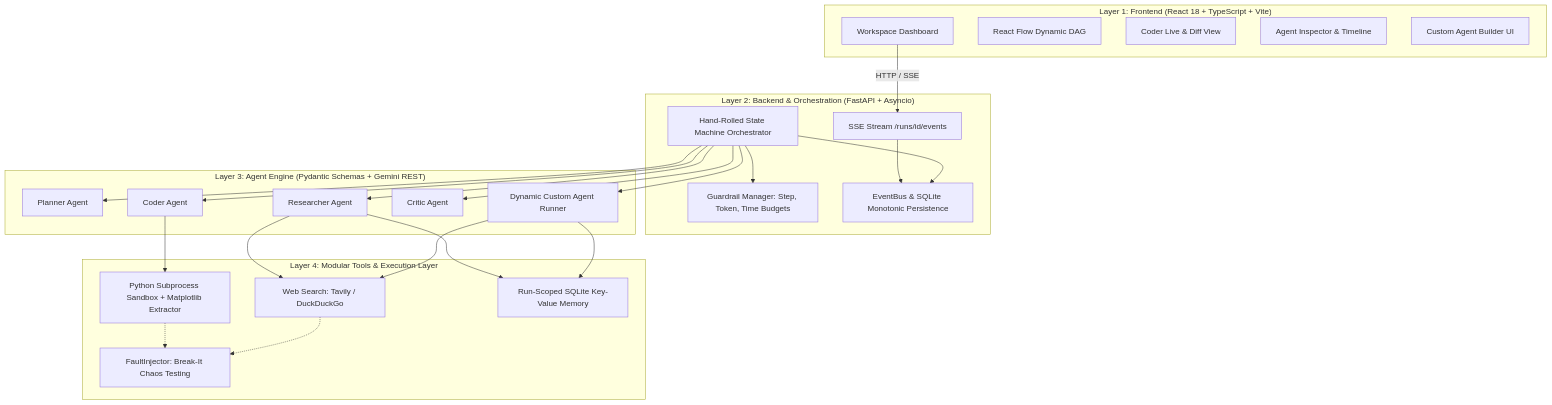
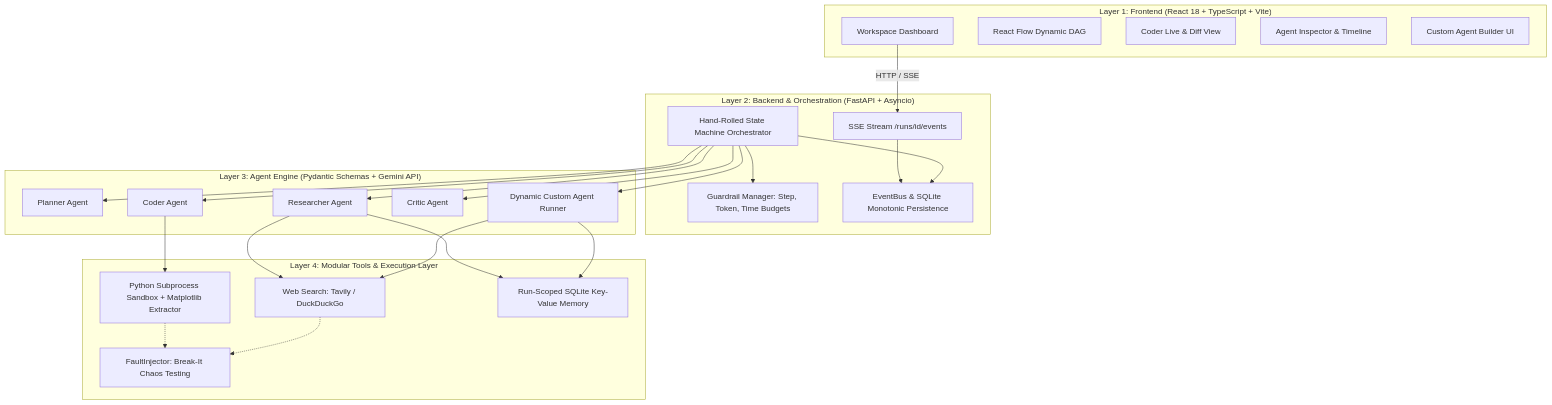
One commit to tarunmavuri/AgentLens changed the diagram in README.md. Above: the diagram before and after it, drawn with Mermaid. The commit also changed other lines of this file and 3 other files, not shown here.

````diff
--- a/README.md
+++ b/README.md
@@ -97,49 +97,49 @@
 ```mermaid
 graph TD
     subgraph Layer1["Layer 1: Frontend (React 18 + TypeScript + Vite)"]
         UI[Workspace Dashboard]
         Graph[React Flow Dynamic DAG]
         CoderView[Coder Live & Diff View]
         Inspector[Agent Inspector & Timeline]
         Builder[Custom Agent Builder UI]
     end
 
     subgraph Layer2["Layer 2: Backend & Orchestration (FastAPI + Asyncio)"]
         SSE[SSE Stream /runs/id/events]
         SM[Hand-Rolled State Machine Orchestrator]
         Guard[Guardrail Manager: Step, Token, Time Budgets]
         Bus[EventBus & SQLite Monotonic Persistence]
     end
 
-    subgraph Layer3["Layer 3: Agent Engine (Pydantic Schemas + Gemini REST)"]
+    subgraph Layer3["Layer 3: Agent Engine (Pydantic Schemas + Gemini API)"]
         Planner[Planner Agent]
         Researcher[Researcher Agent]
         Coder[Coder Agent]
         Critic[Critic Agent]
         Custom[Dynamic Custom Agent Runner]
     end
 
     subgraph Layer4["Layer 4: Modular Tools & Execution Layer"]
         Search[Web Search: Tavily / DuckDuckGo]
         Sandbox[Python Subprocess Sandbox + Matplotlib Extractor]
         Mem[Run-Scoped SQLite Key-Value Memory]
         Faults[FaultInjector: Break-It Chaos Testing]
     end
 
     UI -->|HTTP / SSE| SSE
     SSE --> Bus
     SM --> Bus
     SM --> Guard
     SM --> Planner
     SM --> Researcher
     SM --> Coder
     SM --> Custom
     SM --> Critic
     Researcher --> Search
     Researcher --> Mem
     Coder --> Sandbox
     Custom --> Search
     Custom --> Mem
     Sandbox -.-> Faults
     Search -.-> Faults
 ```
````
